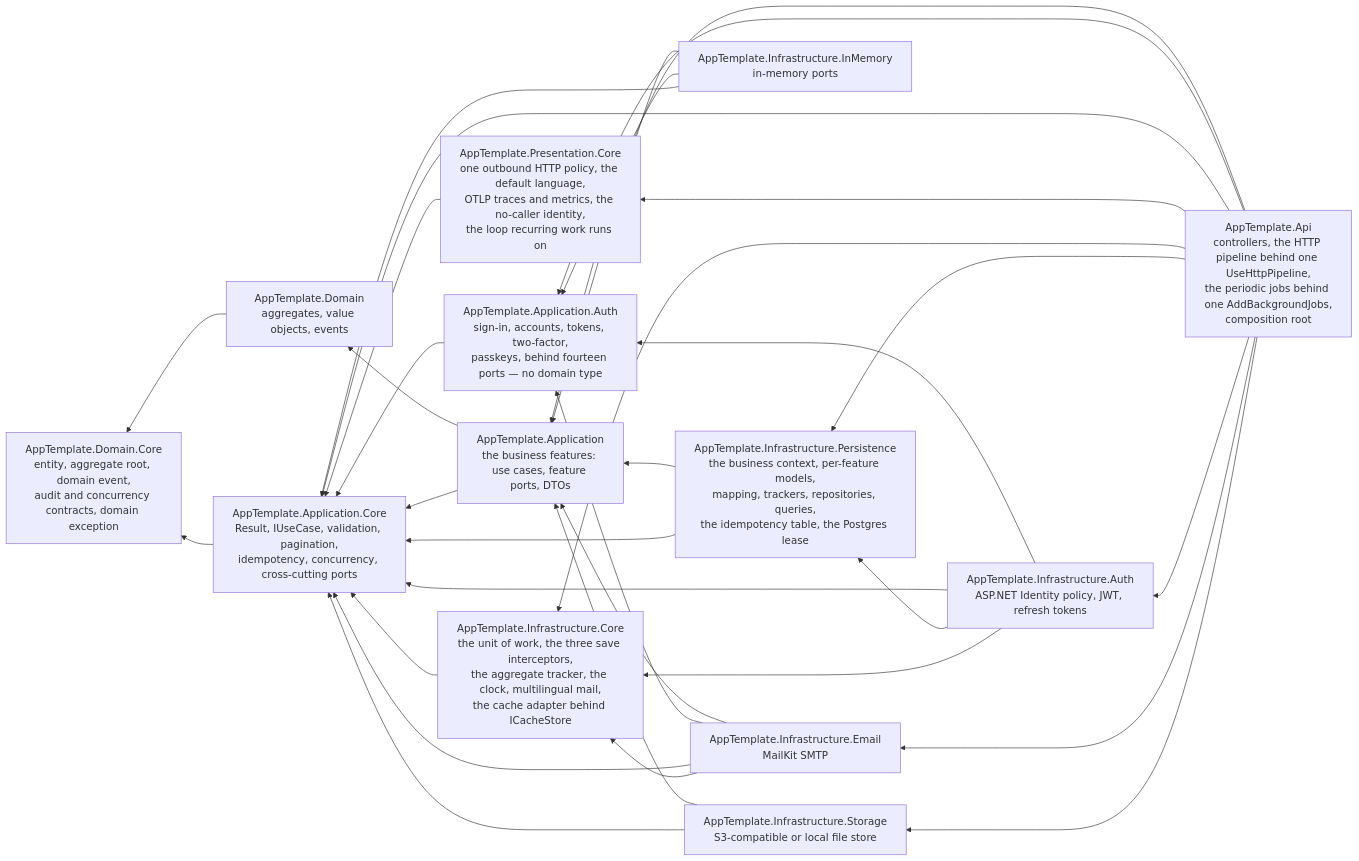
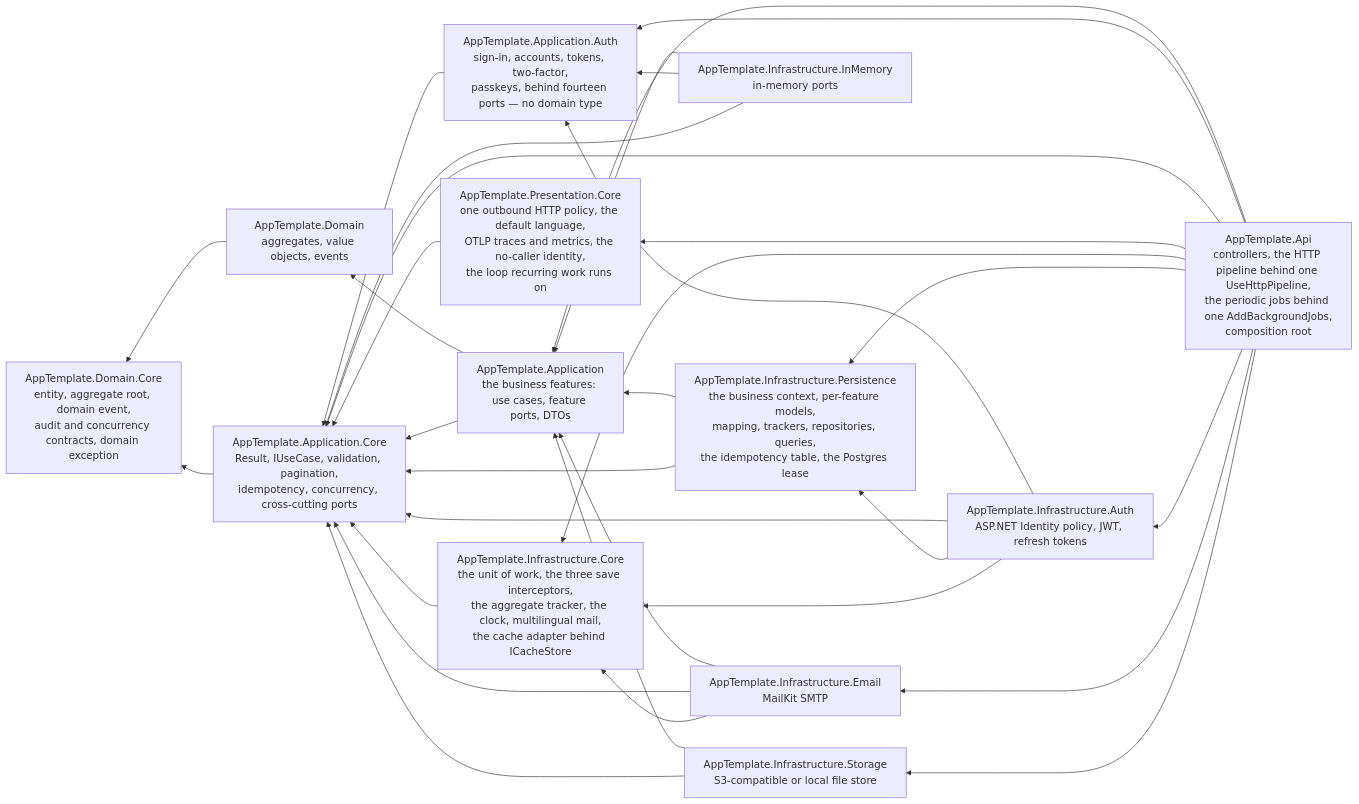
The diagram in docs/ARCHITECTURE.md (Pierre-MarieMarchio/Template-DotNet_Clean_Architecture), drawn with Mermaid before and after one commit. The commit also changed other lines of this file and 2 other files, not shown here.

Commit message:
docs: correct the project count, the core use cases and the module graph

````diff
--- a/docs/ARCHITECTURE.md
+++ b/docs/ARCHITECTURE.md
@@ -66,48 +66,47 @@
 ```mermaid
 graph RL
     Api[AppTemplate.Api<br/>controllers, the HTTP pipeline behind one UseHttpPipeline,<br/>the periodic jobs behind one AddBackgroundJobs,<br/>composition root]
     PresCore[AppTemplate.Presentation.Core<br/>one outbound HTTP policy, the default language,<br/>OTLP traces and metrics, the no-caller identity,<br/>the loop recurring work runs on]
     Ident[AppTemplate.Infrastructure.Auth<br/>ASP.NET Identity policy, JWT, refresh tokens]
     Mail[AppTemplate.Infrastructure.Email<br/>MailKit SMTP]
     Store[AppTemplate.Infrastructure.Storage<br/>S3-compatible or local file store]
     Mem[AppTemplate.Infrastructure.InMemory<br/>in-memory ports]
     Pers[AppTemplate.Infrastructure.Persistence<br/>the business context, per-feature models,<br/>mapping, trackers, repositories, queries,<br/>the idempotency table, the Postgres lease]
     InfraCore[AppTemplate.Infrastructure.Core<br/>the unit of work, the three save interceptors,<br/>the aggregate tracker, the clock, multilingual mail,<br/>the cache adapter behind ICacheStore]
     App[AppTemplate.Application<br/>the business features: use cases, feature ports, DTOs]
     Auth[AppTemplate.Application.Auth<br/>sign-in, accounts, tokens, two-factor,<br/>passkeys, behind fourteen ports — no domain type]
     AppCore[AppTemplate.Application.Core<br/>Result, IUseCase, validation, pagination,<br/>idempotency, concurrency, cross-cutting ports]
     Dom[AppTemplate.Domain<br/>aggregates, value objects, events]
     DomCore[AppTemplate.Domain.Core<br/>entity, aggregate root, domain event,<br/>audit and concurrency contracts, domain exception]
 
     Dom --> DomCore
     AppCore --> DomCore
     App --> Dom
     App --> AppCore
     Auth --> AppCore
     PresCore --> AppCore
     InfraCore --> AppCore
     Pers --> App
     Pers --> AppCore
     Ident --> Auth
     Ident --> AppCore
     Ident --> Pers
     Ident --> InfraCore
     Mail --> App
-    Mail --> Auth
     Mail --> AppCore
     Mail --> InfraCore
     Store --> App
     Store --> AppCore
     Mem --> App
     Mem --> Auth
     Mem --> AppCore
     Api --> App
     Api --> Auth
     Api --> AppCore
     Api --> PresCore
     Api --> InfraCore
     Api --> Pers
     Api --> Ident
     Api --> Mail
     Api --> Store
 ```
````
